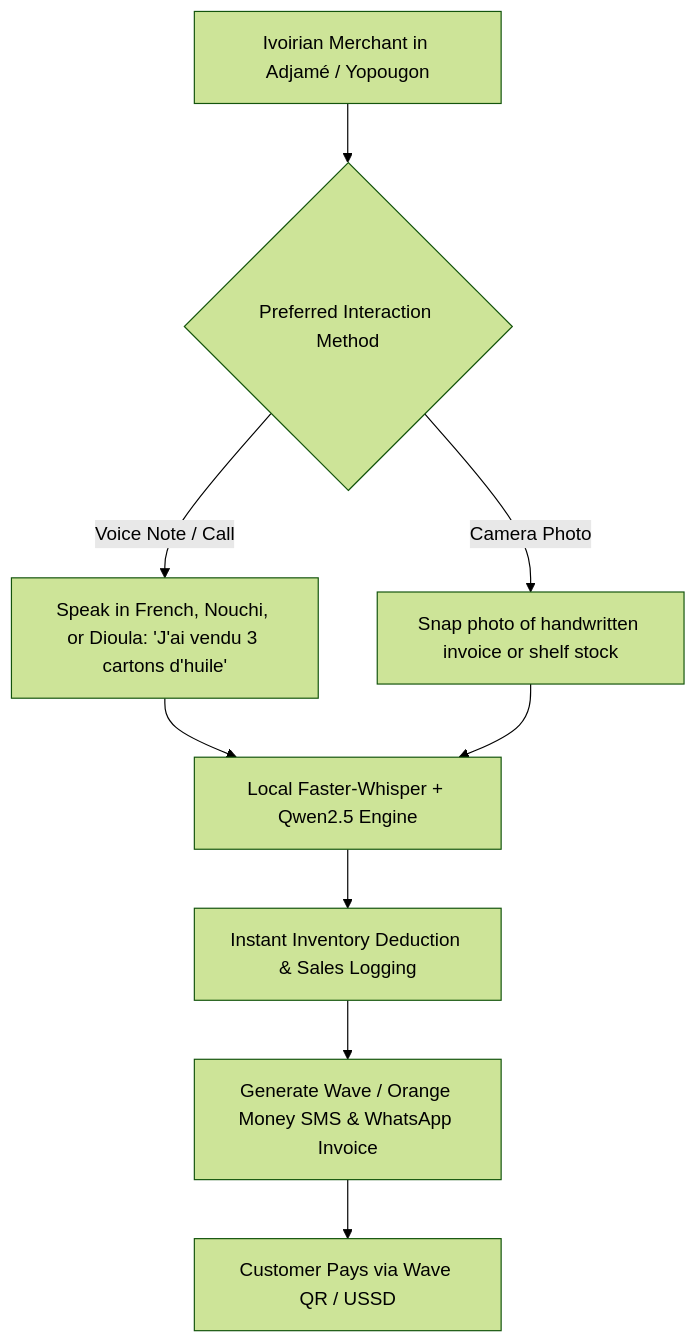
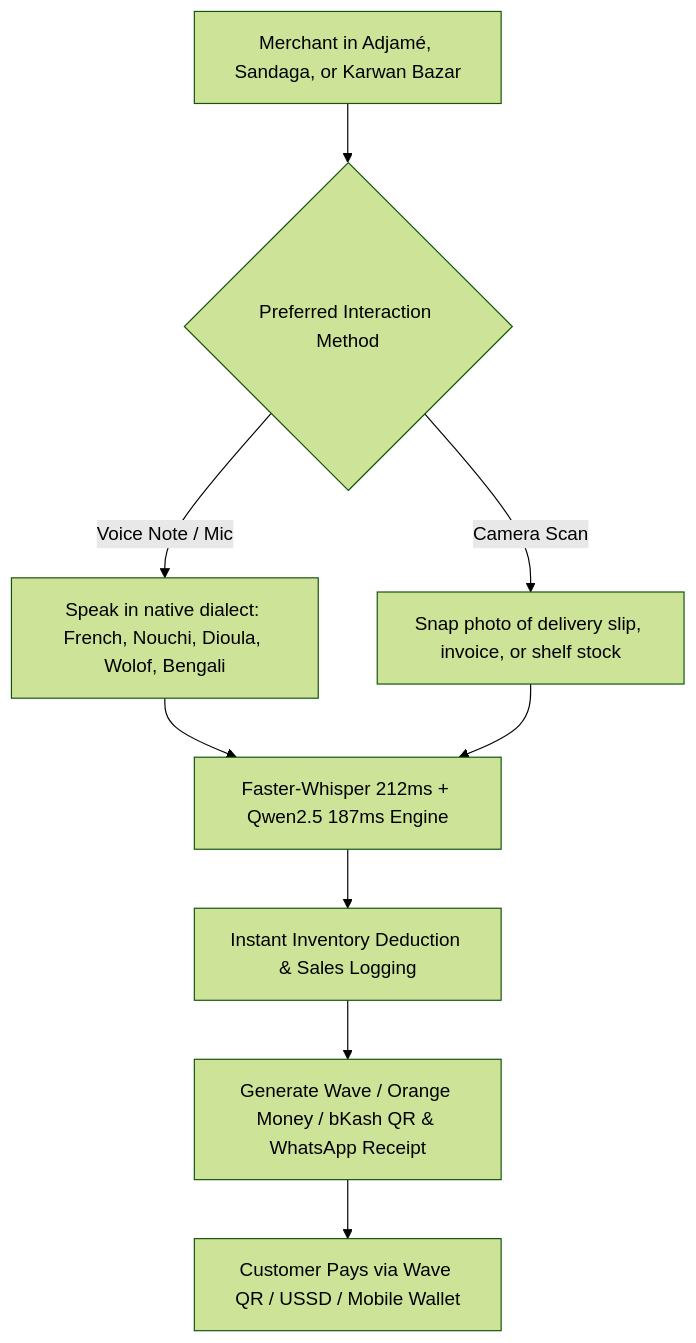
The diagram in docs/06_WEST_AFRICA_IVORY_COAST_STRATEGY.md (BengalBound/sales), drawn with Mermaid (forest theme) before and after one commit. The commit also changed other lines of this file and 13 other files, not shown here.

````diff
--- a/docs/06_WEST_AFRICA_IVORY_COAST_STRATEGY.md
+++ b/docs/06_WEST_AFRICA_IVORY_COAST_STRATEGY.md
@@ -32,14 +36,14 @@
 ```mermaid
 flowchart TD
-    Merchant[Ivoirian Merchant in Adjamé / Yopougon] --> Method{Preferred Interaction Method}
+    Merchant[Merchant in Adjamé, Sandaga, or Karwan Bazar] --> Method{Preferred Interaction Method}
     
-    Method -- "Voice Note / Call" --> VoicePath["Speak in French, Nouchi, or Dioula: 'J'ai vendu 3 cartons d'huile'"]
-    Method -- "Camera Photo" --> PhotoPath["Snap photo of handwritten invoice or shelf stock"]
+    Method -- "Voice Note / Mic" --> VoicePath["Speak in native dialect: French, Nouchi, Dioula, Wolof, Bengali"]
+    Method -- "Camera Scan" --> PhotoPath["Snap photo of delivery slip, invoice, or shelf stock"]
     
-    VoicePath --> InHouseAI[Local Faster-Whisper + Qwen2.5 Engine]
+    VoicePath --> InHouseAI[Faster-Whisper 212ms + Qwen2.5 187ms Engine]
     PhotoPath --> InHouseAI
     
     InHouseAI --> AutoStock[Instant Inventory Deduction & Sales Logging]
-    AutoStock --> PayLink[Generate Wave / Orange Money SMS & WhatsApp Invoice]
-    PayLink --> CustomerPay[Customer Pays via Wave QR / USSD]
+    AutoStock --> PayLink[Generate Wave / Orange Money / bKash QR & WhatsApp Receipt]
+    PayLink --> CustomerPay[Customer Pays via Wave QR / USSD / Mobile Wallet]
 ```
````
